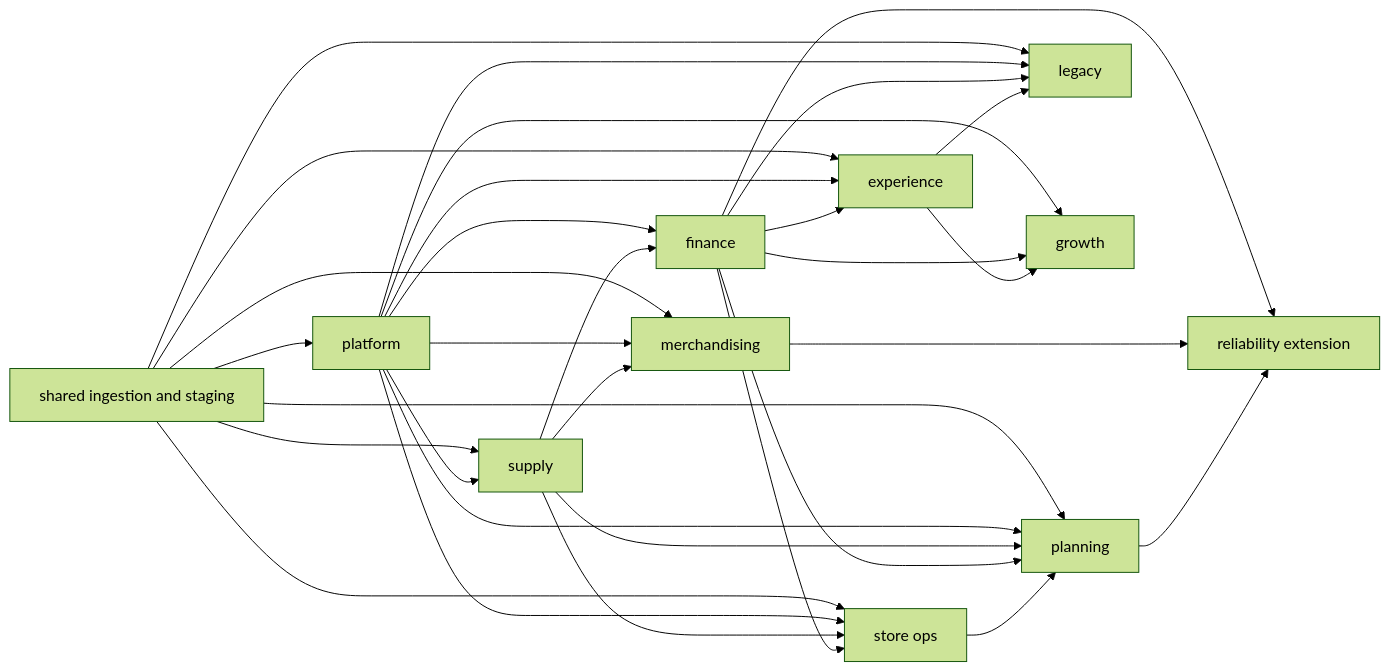
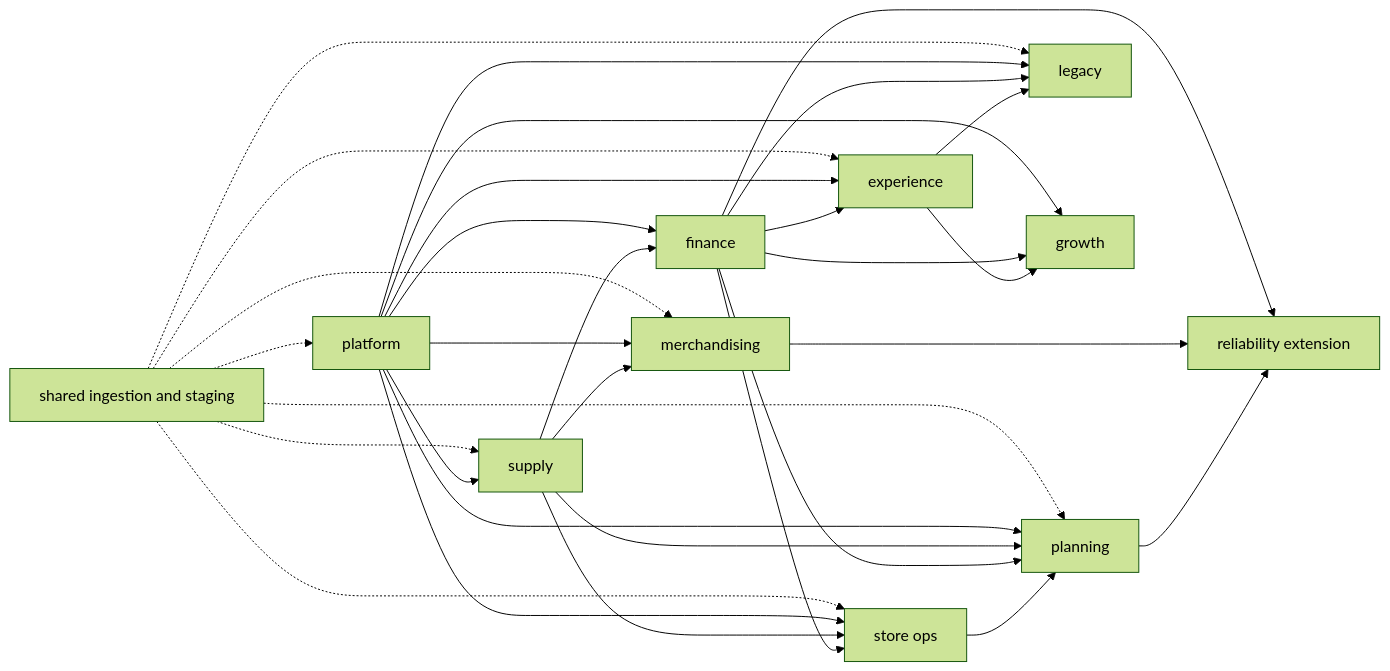
The diagram in docs/architecture.md (giacus/jaffle_corp), drawn with Mermaid (forest theme) before and after one commit. The commit also changed other lines of this file and 326 other files, not shown here.

````diff
--- a/docs/architecture.md
+++ b/docs/architecture.md
@@ -46,33 +48,33 @@
 ```mermaid
 flowchart LR
-    shared["shared ingestion and staging"] --> platform["platform"]
-    shared --> supply["supply"]
-    shared --> experience["experience"]
-    shared --> storeops["store ops"]
-    shared --> merchandising["merchandising"]
-    shared --> planning["planning"]
-    shared --> legacy["legacy"]
+    shared["shared ingestion and staging"] -.-> platform["platform"]
+    shared -.-> supply["supply"]
+    shared -.-> experience["experience"]
+    shared -.-> storeops["store ops"]
+    shared -.-> merchandising["merchandising"]
+    shared -.-> planning["planning"]
+    shared -.-> legacy["legacy"]
     platform --> supply["supply"]
     platform --> finance["finance"]
     supply --> finance
     platform --> experience
     finance --> experience
     platform --> growth["growth"]
     finance --> growth
     experience --> growth
     platform --> storeops
     supply --> storeops
     finance --> storeops
     platform --> merchandising
     supply --> merchandising
     platform --> planning
     supply --> planning
     finance --> planning
     storeops --> planning
     platform --> legacy
     finance --> legacy
     experience --> legacy
     finance --> reliability["reliability extension"]
     merchandising --> reliability
     planning --> reliability
 ```
````
